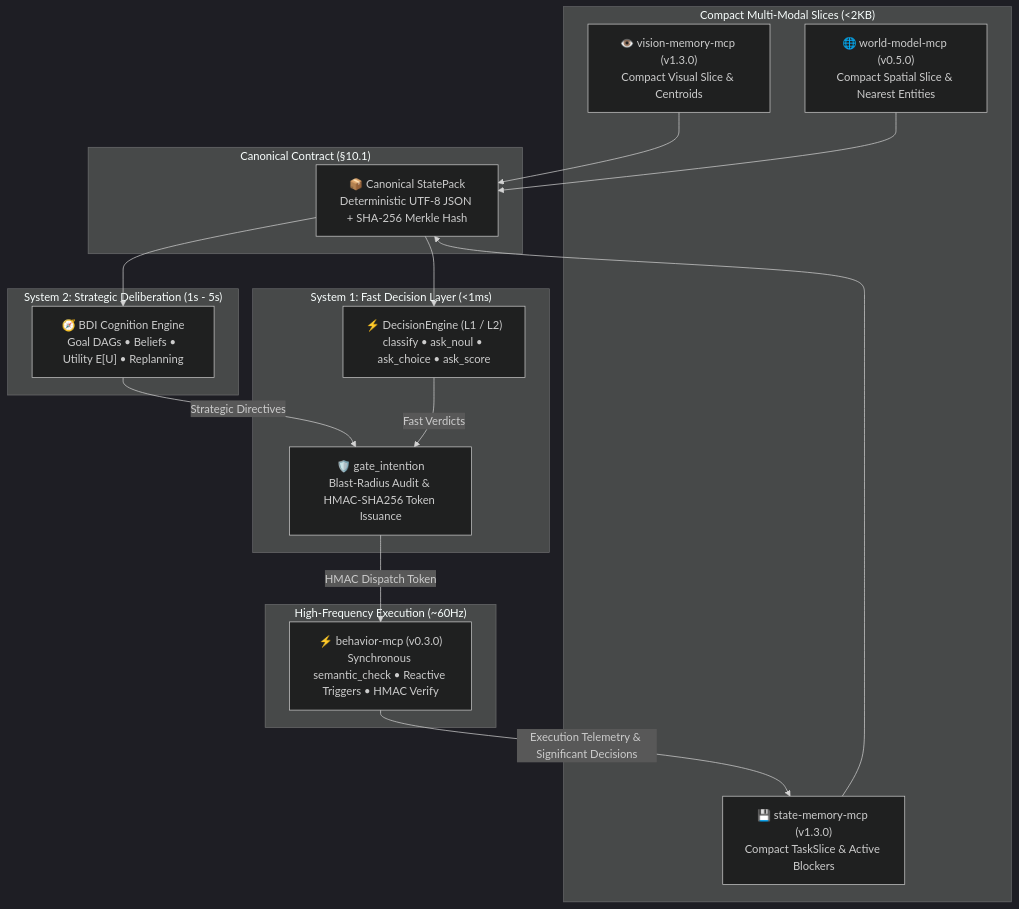
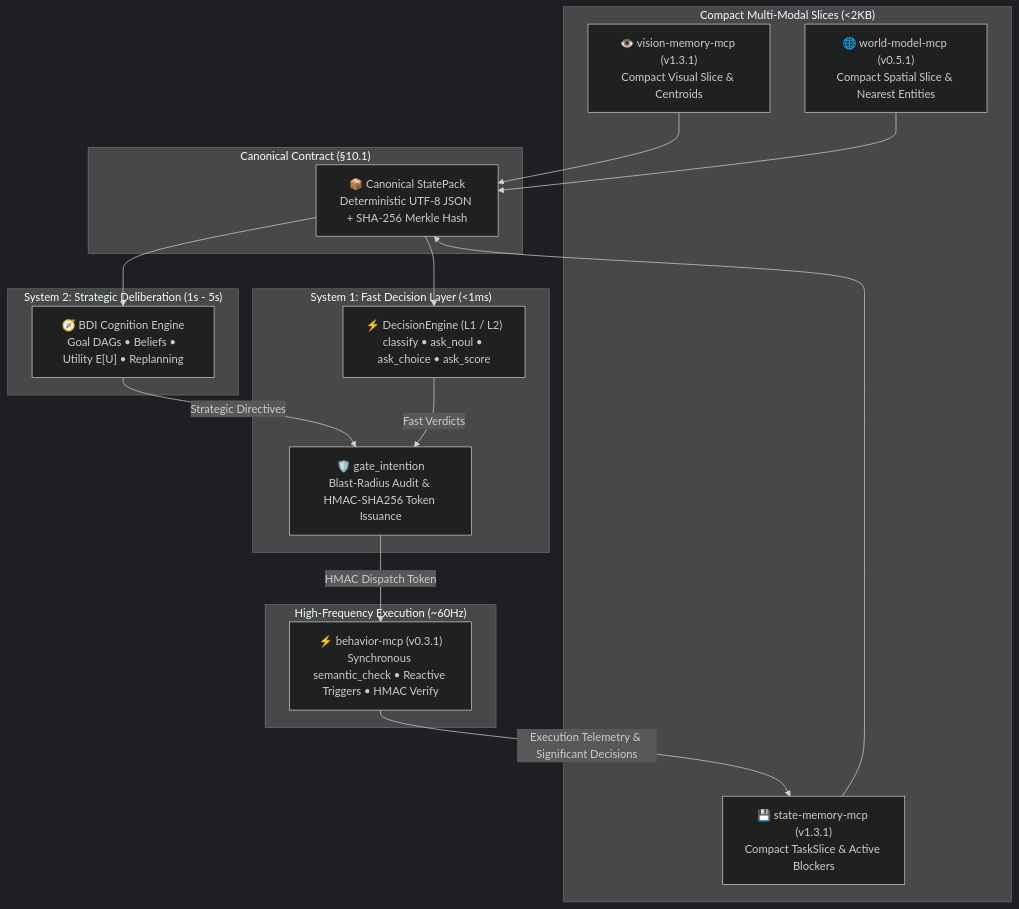
One commit to putervision/.github changed the diagram in profile/README.md. Above: the diagram before and after it, drawn with Mermaid (dark theme). The commit also changed other lines of this file and 2 other files, not shown here.

Commit message:
docs: update profile documentation with MCP server version bumps and registry badges

````diff
--- a/profile/README.md
+++ b/profile/README.md
@@ -43,35 +45,35 @@
 ```mermaid
 flowchart TD
     subgraph Slices ["Compact Multi-Modal Slices (<2KB)"]
-        VM["👁️ vision-memory-mcp (v1.3.0)<br/>Compact Visual Slice & Centroids"]
-        WM["🌐 world-model-mcp (v0.5.0)<br/>Compact Spatial Slice & Nearest Entities"]
-        SM["💾 state-memory-mcp (v1.3.0)<br/>Compact TaskSlice & Active Blockers"]
+        VM["👁️ vision-memory-mcp (v1.3.1)<br/>Compact Visual Slice & Centroids"]
+        WM["🌐 world-model-mcp (v0.5.1)<br/>Compact Spatial Slice & Nearest Entities"]
+        SM["💾 state-memory-mcp (v1.3.1)<br/>Compact TaskSlice & Active Blockers"]
     end
 
     subgraph StatePackAssembly ["Canonical Contract (§10.1)"]
         SP["📦 Canonical StatePack<br/>Deterministic UTF-8 JSON + SHA-256 Merkle Hash"]
     end
 
     subgraph System2 ["System 2: Strategic Deliberation (1s - 5s)"]
         BDI["🧭 BDI Cognition Engine<br/>Goal DAGs • Beliefs • Utility E[U] • Replanning"]
     end
 
     subgraph System1 ["System 1: Fast Decision Layer (<1ms)"]
         DE["⚡ DecisionEngine (L1 / L2)<br/>classify • ask_noul • ask_choice • ask_score"]
         IG["🛡️ gate_intention<br/>Blast-Radius Audit & HMAC-SHA256 Token Issuance"]
     end
 
     subgraph Runtime ["High-Frequency Execution (~60Hz)"]
-        BM["⚡ behavior-mcp (v0.3.0)<br/>Synchronous semantic_check • Reactive Triggers • HMAC Verify"]
+        BM["⚡ behavior-mcp (v0.3.1)<br/>Synchronous semantic_check • Reactive Triggers • HMAC Verify"]
     end
 
     VM --> SP
     WM --> SP
     SM --> SP
     SP --> BDI
     SP --> DE
     BDI -->|Strategic Directives| IG
     DE -->|Fast Verdicts| IG
     IG -->|HMAC Dispatch Token| BM
     BM -->|Execution Telemetry & Significant Decisions| SM
 ```
````
